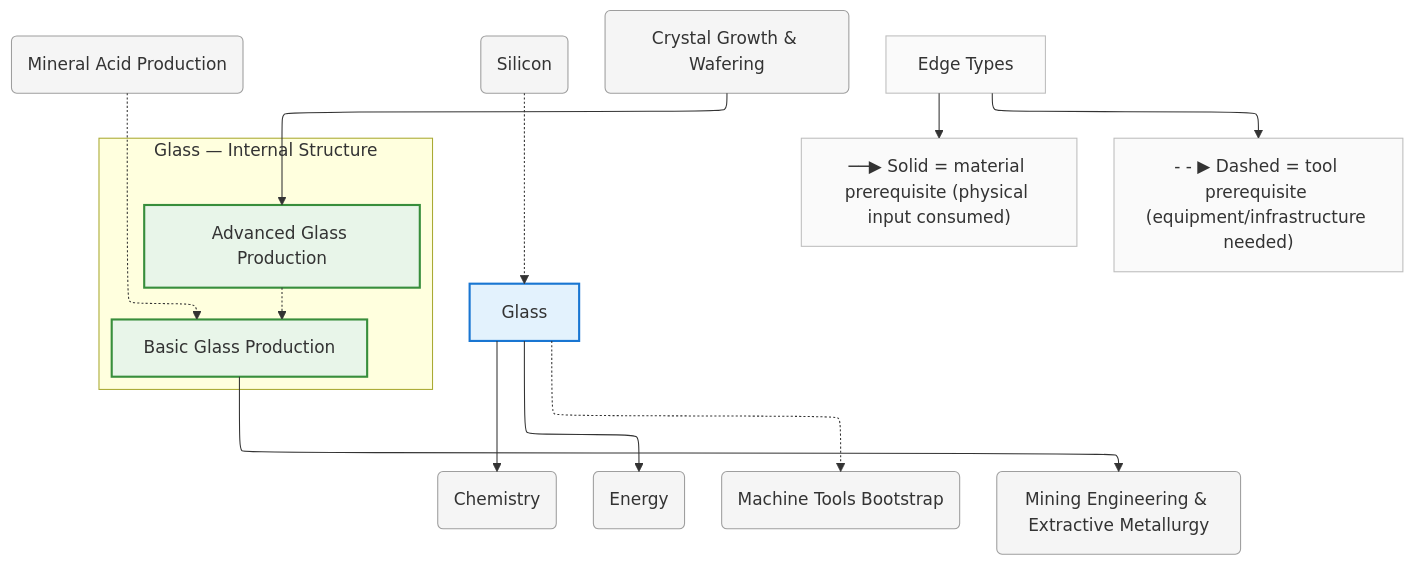
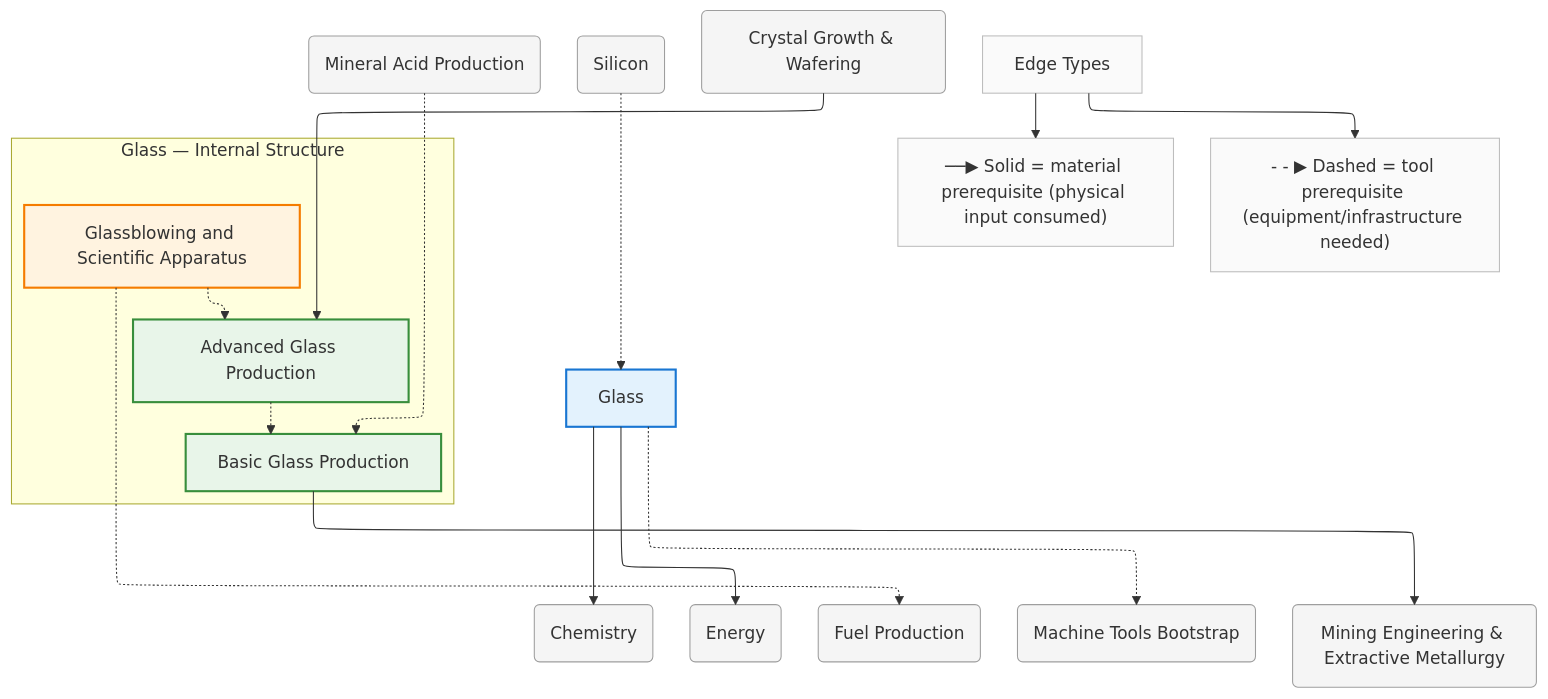
The diagram in diagrams/mermaid/glass.mmd (egofree/TechTree), drawn with Mermaid before and after one commit. The commit also changed 14 other files, not shown here.

First line of the commit message:
chore(diagrams): regenerate all Mermaid diagrams from updated data

```diff
--- a/diagrams/mermaid/glass.mmd
+++ b/diagrams/mermaid/glass.mmd
@@ -1,58 +1,64 @@
 %%{init: {"flowchart": {"defaultRenderer": "elk", "htmlLabels": true}}}%%
 graph TD
     %% Domain: Glass
 
     %% ==================== INTERNAL NODES ====================
     subgraph glass_internal ["Glass — Internal Structure"]
         direction TB
         glass_basic["Basic Glass Production"]
         glass_advanced["Advanced Glass Production"]
+        glass_advanced_glassblowing["Glassblowing and Scientific Apparatus"]
     end
 
     %% ==================== DOMAIN NODE ====================
     glass["Glass"]
 
     %% ==================== EXTERNAL DEPENDENCIES ====================
     chemistry("Chemistry")
     chemistry_acids("Mineral Acid Production")
     energy("Energy")
+    energy_fuels("Fuel Production")
     machine-tools("Machine Tools Bootstrap")
     mining("Mining Engineering & Extractive Metallurgy")
     silicon("Silicon")
     silicon_crystal-growth("Crystal Growth & Wafering")
 
     %% ==================== EDGES ====================
     glass_advanced -.-> glass_basic
+    glass_advanced_glassblowing -.-> glass_advanced
     glass_basic --> mining
     chemistry_acids -.-> glass_basic
     glass -.-> machine-tools
     glass --> energy
     glass --> chemistry
     silicon -.-> glass
     silicon_crystal-growth --> glass_advanced
+    glass_advanced_glassblowing -.-> energy_fuels
 
     %% ==================== EDGE TYPE LEGEND ====================
     EdgeLegend["Edge Types"]
     EdgeLegend --> MatNote["──▶ Solid = material prerequisite (physical input consumed)"]
     EdgeLegend --> ToolNote["- - ▶ Dashed = tool prerequisite (equipment/infrastructure needed)"]
 
     %% ==================== STYLING ====================
     classDef domain fill:#e3f2fd,stroke:#1976d2,stroke-width:2px
     classDef capability fill:#e8f5e9,stroke:#388e3c,stroke-width:2px
     classDef process fill:#fff3e0,stroke:#f57c00,stroke-width:2px
     classDef critical fill:#fff3e0,stroke:#f57c00,stroke-width:3px
     classDef earlyWin fill:#e8f5e9,stroke:#388e3c,stroke-width:3px
     classDef pinnacle fill:#fce4ec,stroke:#c62828,stroke-width:3px
     classDef external fill:#f5f5f5,stroke:#9e9e9e,stroke-width:1px
     classDef legend fill:#fafafa,stroke:#bdbdbd,stroke-width:1px
     class glass domain
     class glass_basic capability
     class glass_advanced capability
+    class glass_advanced_glassblowing process
     class chemistry external
     class chemistry_acids external
     class energy external
+    class energy_fuels external
     class machine-tools external
     class mining external
     class silicon external
     class silicon_crystal-growth external
     class EdgeLegend,MatNote,ToolNote legend
```
